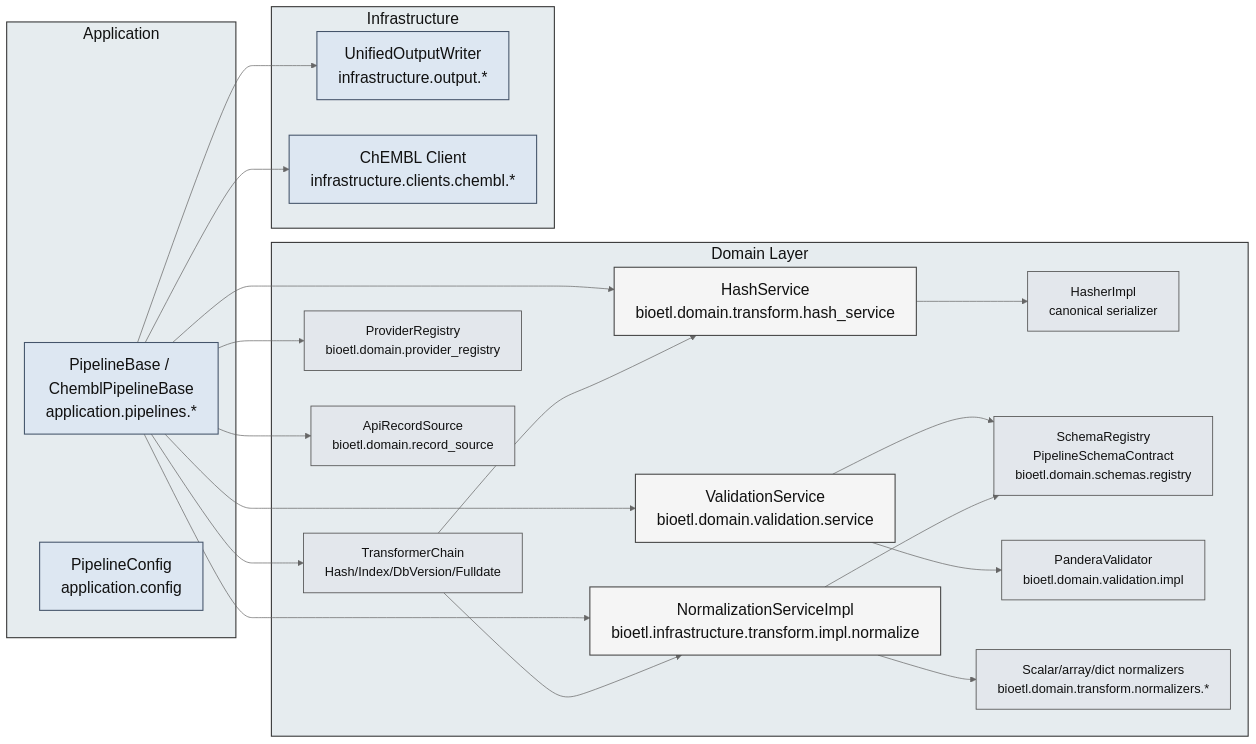
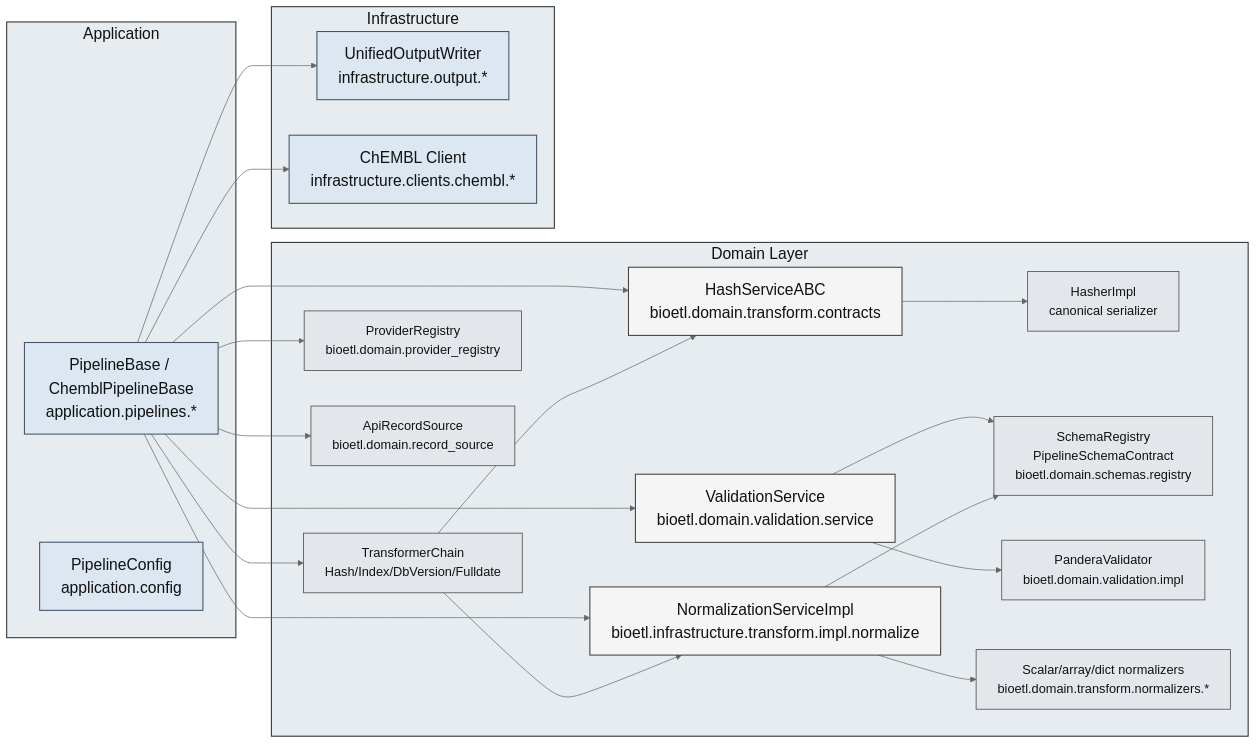
Before and after one commit to SatoryKono/BioactivityDataAcquisition: the diagram in docs/architecture/diagrams/component/02-domain-components.mmd, drawn with Mermaid (neutral theme). The commit also changed 9 other files, not shown here.

Commit message:
Refactor hashing service boundaries

```diff
--- a/docs/architecture/diagrams/component/02-domain-components.mmd
+++ b/docs/architecture/diagrams/component/02-domain-components.mmd
@@ -1,51 +1,51 @@
 ---
 id: 5ce0c6b3-7f5b-4c5c-8d1a-4c1cbf2c2a9e
 ---
 flowchart LR
 
 classDef componentPrimary   fill:#f5f5f5,stroke:#444,stroke-width:1.5px,color:#111,font-size:22px;
 classDef componentSecondary fill:#e3e7ec,stroke:#555,stroke-width:1.2px,color:#111,font-size:18px;
 classDef external           fill:#dde7f2,stroke:#44546a,stroke-width:1.5px,color:#111,font-size:22px;
 classDef group              fill:#e6ecef,stroke:#333,stroke-width:1.5px,color:#111,font-size:22px;
 
 subgraph Domain["Domain Layer"]
     Validation["ValidationService\nbioetl.domain.validation.service"]:::componentPrimary
     Normalization["NormalizationServiceImpl\nbioetl.infrastructure.transform.impl.normalize"]:::componentPrimary
-    Hashing["HashService\nbioetl.domain.transform.hash_service"]:::componentPrimary
+    Hashing["HashServiceABC\nbioetl.domain.transform.contracts"]:::componentPrimary
     Transformers["TransformerChain\nHash/Index/DbVersion/Fulldate"]:::componentSecondary
     Hasher["HasherImpl\ncanonical serializer"]:::componentSecondary
     Schemas["SchemaRegistry\nPipelineSchemaContract\nbioetl.domain.schemas.registry"]:::componentSecondary
     Pandera["PanderaValidator\nbioetl.domain.validation.impl"]:::componentSecondary
     Normalizers["Scalar/array/dict normalizers\nbioetl.domain.transform.normalizers.*"]:::componentSecondary
     ProviderRegistry["ProviderRegistry\nbioetl.domain.provider_registry"]:::componentSecondary
     RecordSource["ApiRecordSource\nbioetl.domain.record_source"]:::componentSecondary
 end
 class Domain group;
 
 subgraph Application["Application"]
     Pipeline["PipelineBase / ChemblPipelineBase\napplication.pipelines.*"]:::external
     Config["PipelineConfig\napplication.config"]:::external
 end
 class Application group;
 
 subgraph Infrastructure["Infrastructure"]
     Writers["UnifiedOutputWriter\ninfrastructure.output.*"]:::external
     Clients["ChEMBL Client\ninfrastructure.clients.chembl.*"]:::external
 end
 class Infrastructure group;
 
 Pipeline --> Validation
 Pipeline --> Normalization
 Pipeline --> Hashing
 Pipeline --> Transformers
 Validation --> Schemas
 Validation --> Pandera
 Normalization --> Normalizers
 Normalization --> Schemas
 Hashing --> Hasher
 Transformers --> Hashing
 Transformers --> Normalization
 Pipeline --> Writers
 Pipeline --> Clients
 Pipeline --> ProviderRegistry
 Pipeline --> RecordSource
```
